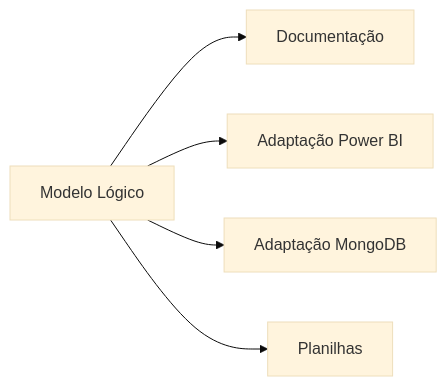
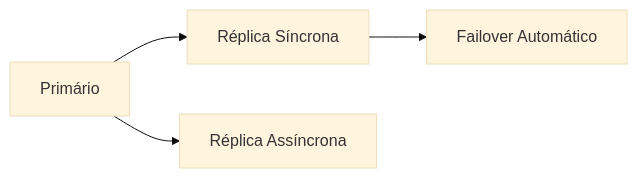
One commit to anandamatos/job-search changed the sixth of 7 diagrams in desafio_remodelado.md. Above: the diagram before and after it, drawn with Mermaid (base theme). The commit also changed other lines of this file, not shown here.

````diff
--- a/desafio_remodelado.md
+++ b/desafio_remodelado.md
@@ -493,7 +203,6 @@
 ```mermaid
 flowchart LR
-    A[Modelo Lógico] --> B[Documentação]
-    A --> C[Adaptação Power BI]
-    A --> D[Adaptação MongoDB]
-    A --> E[Planilhas]
+    A[Primário] --> B[Réplica Síncrona]
+    A --> C[Réplica Assíncrona]
+    B --> D[Failover Automático]
 ```
````
